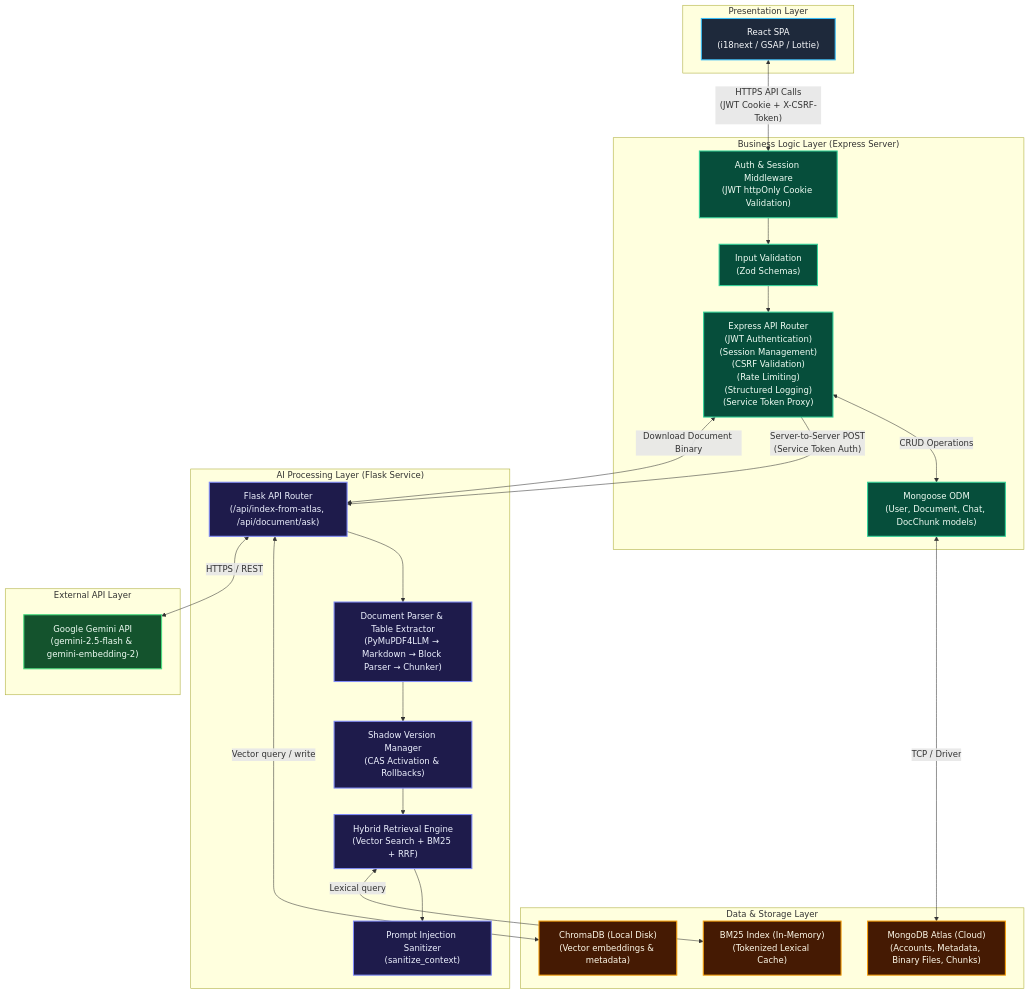
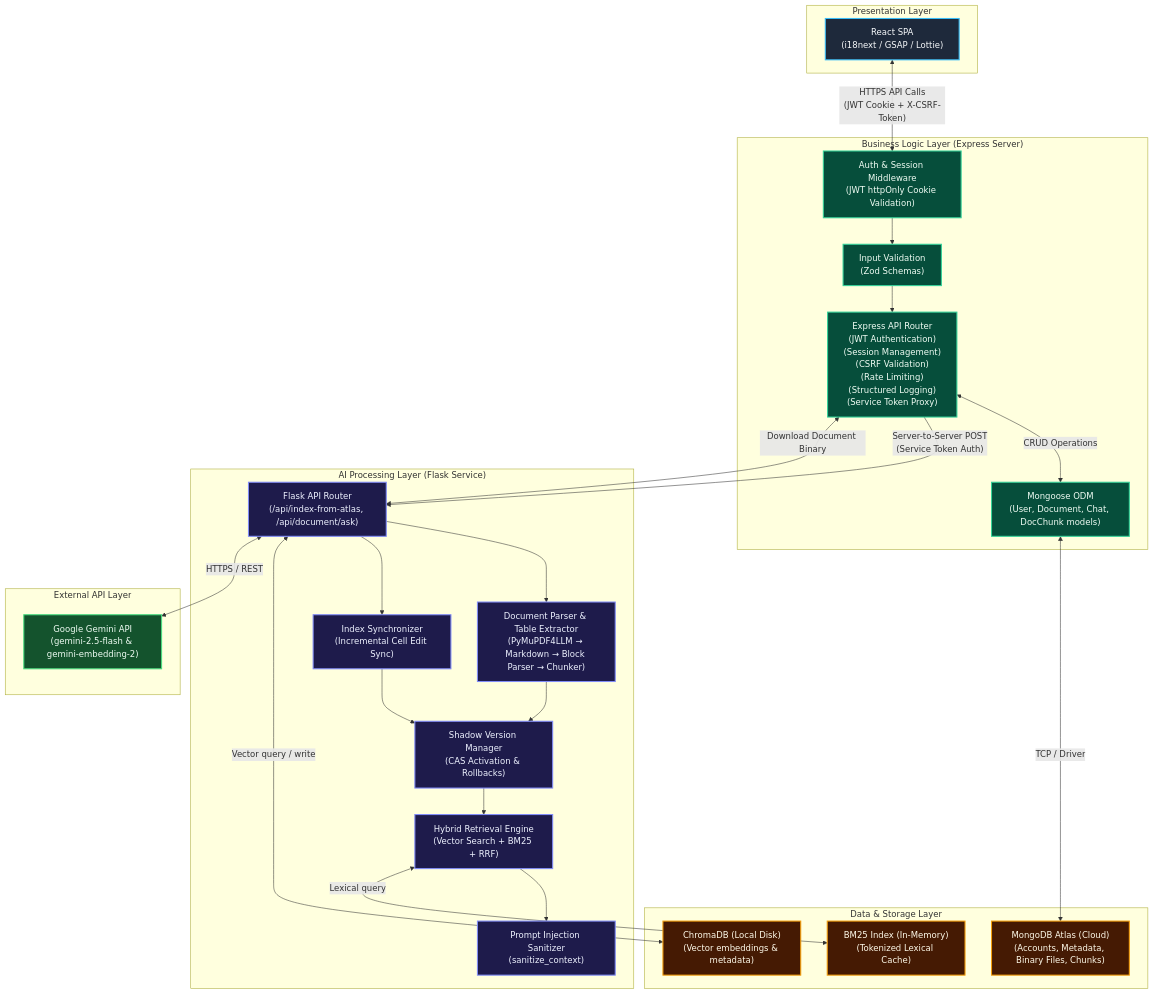
Before and after one commit to SmartDocQ/SmartDocQ: the first of 2 diagrams in README.md, drawn with Mermaid. The commit also changed other lines of this file and 16 other files, not shown here.

````diff
--- a/README.md
+++ b/README.md
@@ -60,65 +61,68 @@
 ```mermaid
 graph TD
     %% Styles
     classDef client fill:#1E293B,stroke:#38BDF8,stroke-width:2px,color:#F8FAFC;
     classDef business fill:#064E3B,stroke:#34D399,stroke-width:2px,color:#F0FDF4;
     classDef aiservice fill:#1E1B4B,stroke:#818CF8,stroke-width:2px,color:#EEF2FF;
     classDef storage fill:#451A03,stroke:#F59E0B,stroke-width:2px,color:#FFFBEB;
     classDef external fill:#14532D,stroke:#4ADE80,stroke-width:2px,color:#F0FDF4;
 
     %% Client Layer
     subgraph Client_Layer ["Presentation Layer"]
         ReactSPA["React SPA<br/>(i18next / GSAP / Lottie)"]:::client
     end
 
     %% Business Logic Layer
     subgraph Middleware_Layer ["Business Logic Layer (Express Server)"]
         ExpressRouter["Express API Router<br/>(JWT Authentication)<br/>(Session Management)<br/>(CSRF Validation)<br/>(Rate Limiting)<br/>(Structured Logging)<br/>(Service Token Proxy)"]:::business
         AuthGuard["Auth & Session Middleware<br/>(JWT httpOnly Cookie Validation)"]:::business
         ZodValidator["Input Validation<br/>(Zod Schemas)"]:::business
         MongooseDB["Mongoose ODM<br/>(User, Document, Chat, DocChunk models)"]:::business
     end
 
     %% AI Processing Layer
     subgraph AI_Layer ["AI Processing Layer (Flask Service)"]
         FlaskApp["Flask API Router<br/>(/api/index-from-atlas, /api/document/ask)"]:::aiservice
         Parser["Document Parser & Table Extractor<br/>(PyMuPDF4LLM → Markdown → Block Parser → Chunker)"]:::aiservice
+        IndexSynchronizer["Index Synchronizer<br/>(Incremental Cell Edit Sync)"]:::aiservice
         ShadowVersionManager["Shadow Version Manager<br/>(CAS Activation & Rollbacks)"]:::aiservice
         RetrievalPipeline["Hybrid Retrieval Engine<br/>(Vector Search + BM25 + RRF)"]:::aiservice
         Sanitizer["Prompt Injection Sanitizer<br/>(sanitize_context)"]:::aiservice
     end
 
     %% Storage Layer
     subgraph Storage_Layer ["Data & Storage Layer"]
         MongoDB["MongoDB Atlas (Cloud)<br/>(Accounts, Metadata, Binary Files, Chunks)"]:::storage
         ChromaDB["ChromaDB (Local Disk)<br/>(Vector embeddings & metadata)"]:::storage
         BM25Cache["BM25 Index (In-Memory)<br/>(Tokenized Lexical Cache)"]:::storage
     end
 
     %% External
     subgraph External_APIs ["External API Layer"]
         GeminiAPI["Google Gemini API<br/>(gemini-2.5-flash & gemini-embedding-2)"]:::external
     end
 
     %% Flow/Connections
     ReactSPA <-->|"HTTPS API Calls<br/>(JWT Cookie + X-CSRF-Token)"| AuthGuard
     AuthGuard --> ZodValidator
     ZodValidator --> ExpressRouter
     
     ExpressRouter <-->|"CRUD Operations"| MongooseDB
     MongooseDB <-->|"TCP / Driver"| MongoDB
     
     ExpressRouter -->|"Server-to-Server POST<br/>(Service Token Auth)"| FlaskApp
     
     FlaskApp --> Parser
     Parser --> ShadowVersionManager
+    FlaskApp --> IndexSynchronizer
+    IndexSynchronizer --> ShadowVersionManager
     ShadowVersionManager --> RetrievalPipeline
     RetrievalPipeline --> Sanitizer
     
     FlaskApp <-->|"Download Document Binary"| ExpressRouter
     
     FlaskApp <-->|"Vector query / write"| ChromaDB
     RetrievalPipeline <-->|"Lexical query"| BM25Cache
     
     FlaskApp <-->|"HTTPS / REST"| GeminiAPI
 ```
````
